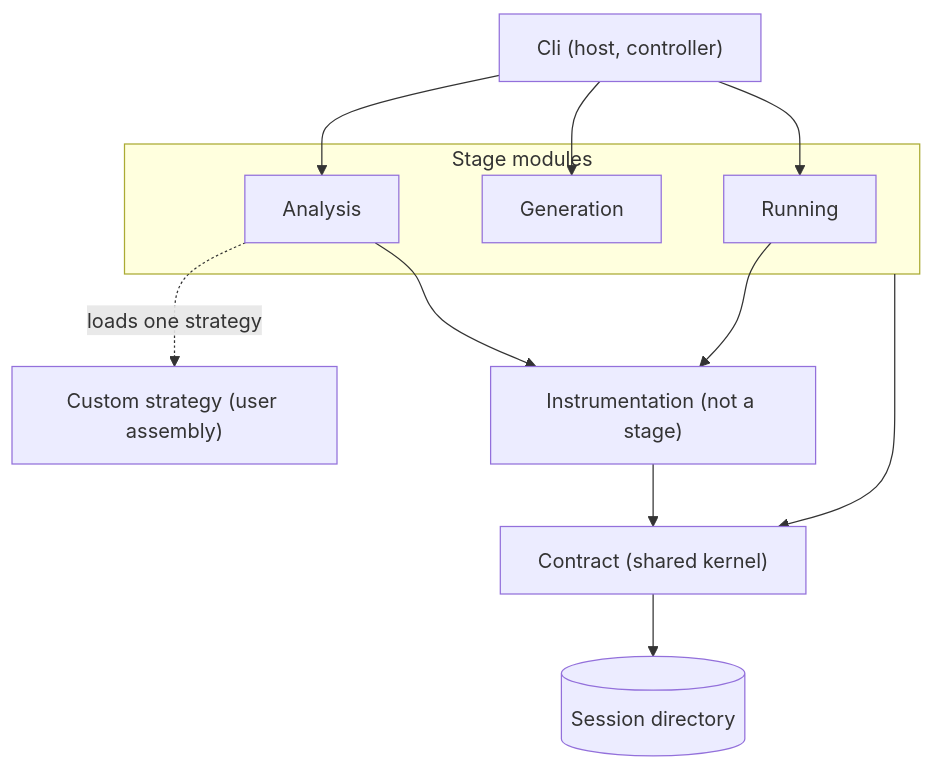
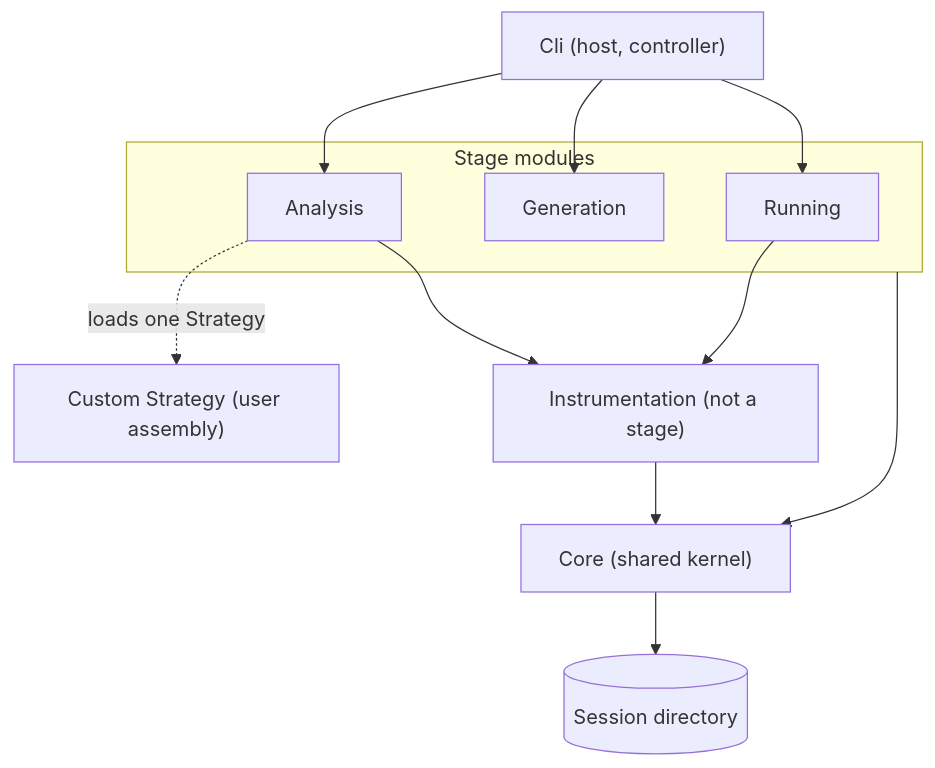
One commit to JaromirProchazka/DotReplay changed the second of 2 diagrams in doc/architecture/architecture.md. Above: the diagram before and after it, drawn with Mermaid. The commit also changed other lines of this file and 16 other files, not shown here.

````diff
--- a/doc/architecture/architecture.md
+++ b/doc/architecture/architecture.md
@@ -41,22 +41,22 @@
 ```mermaid
 flowchart TB
   CLI["Cli (host, controller)"]
   subgraph Stages["Stage modules"]
     AN["Analysis"]
     GEN["Generation"]
     RUN["Running"]
   end
-  CUSTOM["Custom strategy (user assembly)"]
+  CUSTOM["Custom Strategy (user assembly)"]
   INS["Instrumentation (not a stage)"]
-  CON["Contract (shared kernel)"]
+  CORE["Core (shared kernel)"]
   MODEL[("Session directory")]
   CLI --> AN
   CLI --> GEN
   CLI --> RUN
-  AN -. "loads one strategy" .-> CUSTOM
+  AN -. "loads one Strategy" .-> CUSTOM
   AN --> INS
   RUN --> INS
-  Stages --> CON
-  INS --> CON
-  CON --> MODEL
+  Stages --> CORE
+  INS --> CORE
+  CORE --> MODEL
 ```
````
